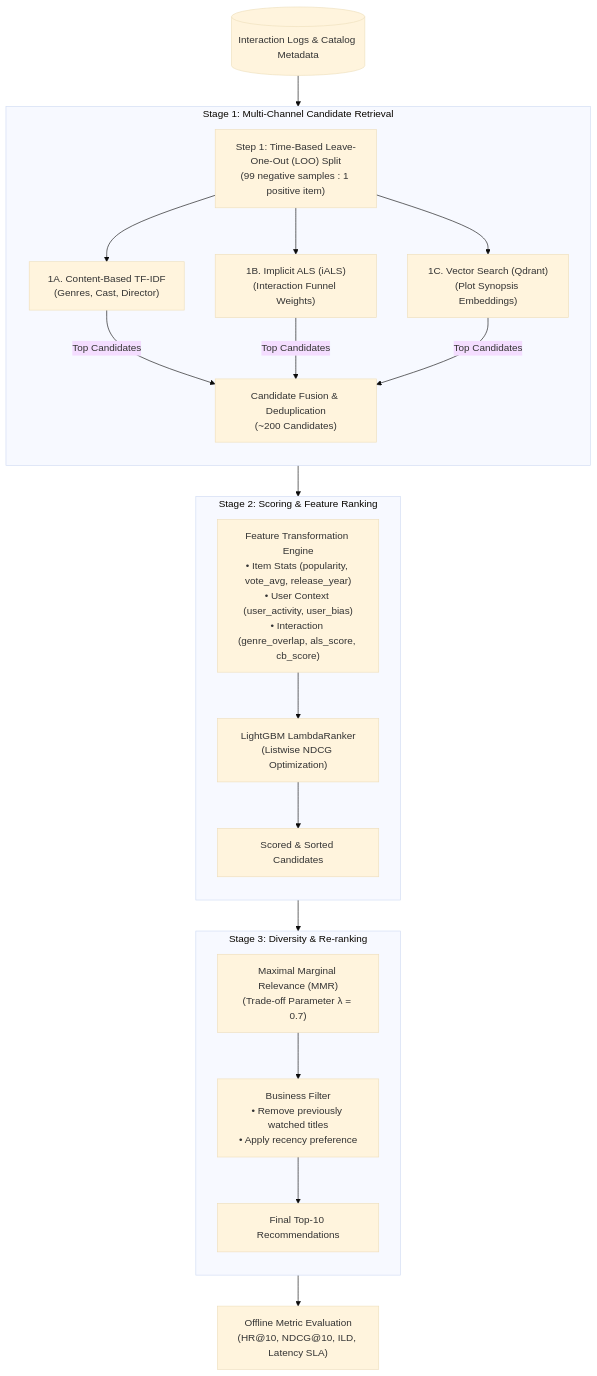
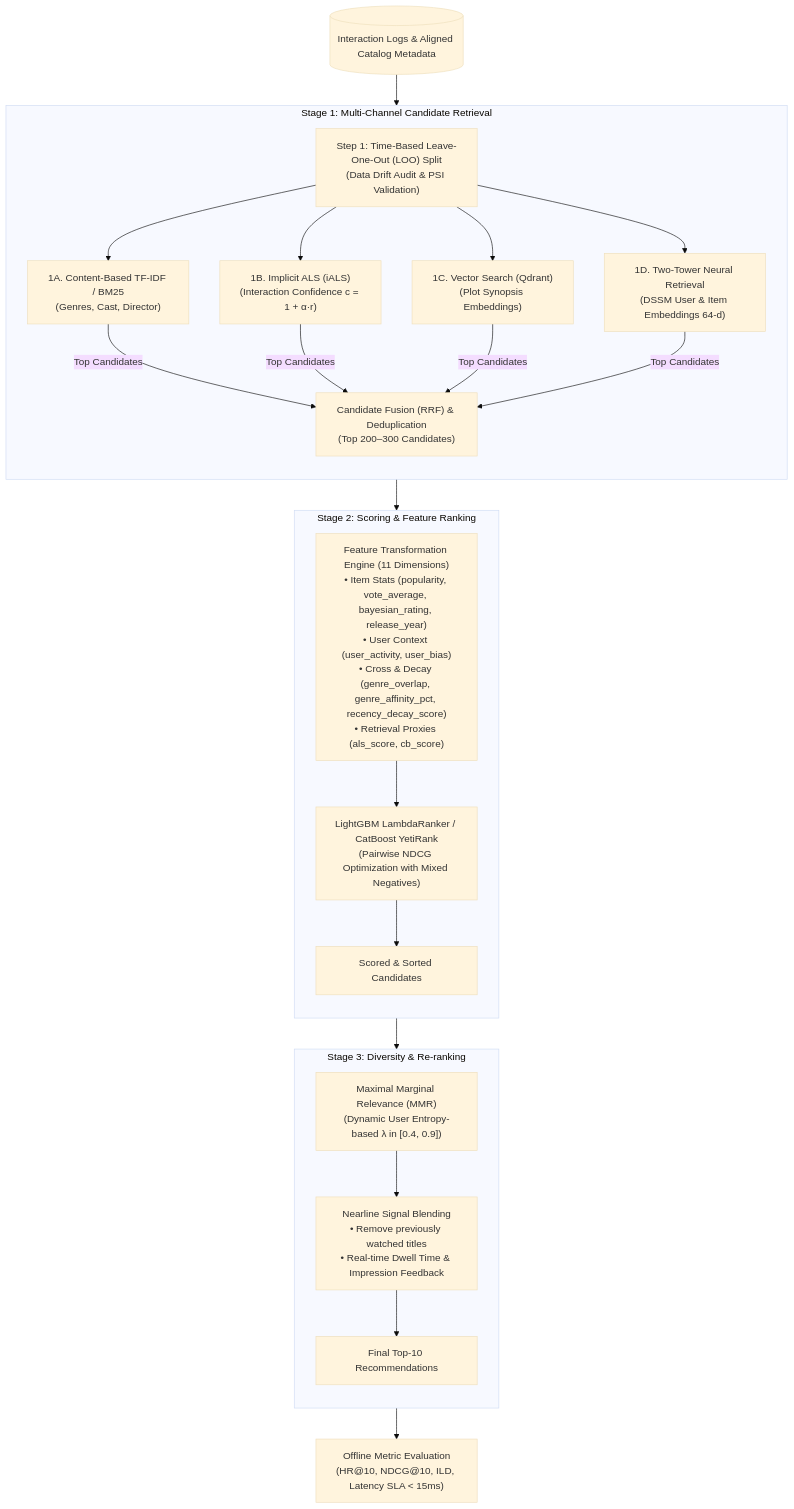
Before and after one commit to dducsw/movie-recsys: the diagram in docs/ml-pipeline.md, drawn with Mermaid (base theme). The commit also changed other lines of this file and 123 other files, not shown here.

First line of the commit message:
fix(recsys): resolve ranker feature mismatch and async serving

````diff
--- a/docs/ml-pipeline.md
+++ b/docs/ml-pipeline.md
@@ -9,31 +9,33 @@
 ```mermaid
 flowchart TD
-    RawData[("Interaction Logs & Catalog Metadata")] --> Prep["Step 1: Time-Based Leave-One-Out (LOO) Split<br/>(99 negative samples : 1 positive item)"]
+    RawData[("Interaction Logs & Aligned Catalog Metadata")] --> Prep["Step 1: Time-Based Leave-One-Out (LOO) Split<br/>(Data Drift Audit & PSI Validation)"]
 
     subgraph Stage1 ["Stage 1: Multi-Channel Candidate Retrieval"]
         direction TB
-        Prep --> CB["1A. Content-Based TF-IDF<br/>(Genres, Cast, Director)"]
-        Prep --> ALS["1B. Implicit ALS (iALS)<br/>(Interaction Funnel Weights)"]
+        Prep --> CB["1A. Content-Based TF-IDF / BM25<br/>(Genres, Cast, Director)"]
+        Prep --> ALS["1B. Implicit ALS (iALS)<br/>(Interaction Confidence c = 1 + α·r)"]
         Prep --> VEC["1C. Vector Search (Qdrant)<br/>(Plot Synopsis Embeddings)"]
+        Prep --> TT["1D. Two-Tower Neural Retrieval<br/>(DSSM User & Item Embeddings 64-d)"]
         
-        CB -->|Top Candidates| Union["Candidate Fusion & Deduplication<br/>(~200 Candidates)"]
+        CB -->|Top Candidates| Union["Candidate Fusion (RRF) & Deduplication<br/>(Top 200–300 Candidates)"]
         ALS -->|Top Candidates| Union
         VEC -->|Top Candidates| Union
+        TT -->|Top Candidates| Union
     end
 
     subgraph Stage2 ["Stage 2: Scoring & Feature Ranking"]
         direction TB
-        Union --> FE["Feature Transformation Engine<br/>• Item Stats (popularity, vote_avg, release_year)<br/>• User Context (user_activity, user_bias)<br/>• Interaction (genre_overlap, als_score, cb_score)"]
-        FE --> LGBM["LightGBM LambdaRanker<br/>(Listwise NDCG Optimization)"]
+        Union --> FE["Feature Transformation Engine (11 Dimensions)<br/>• Item Stats (popularity, vote_average, bayesian_rating, release_year)<br/>• User Context (user_activity, user_bias)<br/>• Cross & Decay (genre_overlap, genre_affinity_pct, recency_decay_score)<br/>• Retrieval Proxies (als_score, cb_score)"]
+        FE --> LGBM["LightGBM LambdaRanker / CatBoost YetiRank<br/>(Pairwise NDCG Optimization with Mixed Negatives)"]
         LGBM --> RankedList["Scored & Sorted Candidates"]
     end
 
     subgraph Stage3 ["Stage 3: Diversity & Re-ranking"]
         direction TB
-        RankedList --> MMR["Maximal Marginal Relevance (MMR)<br/>(Trade-off Parameter λ = 0.7)"]
-        MMR --> Freshness["Business Filter<br/>• Remove previously watched titles<br/>• Apply recency preference"]
+        RankedList --> MMR["Maximal Marginal Relevance (MMR)<br/>(Dynamic User Entropy-based λ in [0.4, 0.9])"]
+        MMR --> Freshness["Nearline Signal Blending<br/>• Remove previously watched titles<br/>• Real-time Dwell Time & Impression Feedback"]
         Freshness --> FinalRecs["Final Top-10 Recommendations"]
     end
 
-    FinalRecs --> Eval["Offline Metric Evaluation<br/>(HR@10, NDCG@10, ILD, Latency SLA)"]
+    FinalRecs --> Eval["Offline Metric Evaluation<br/>(HR@10, NDCG@10, ILD, Latency SLA < 15ms)"]
 ```
````
